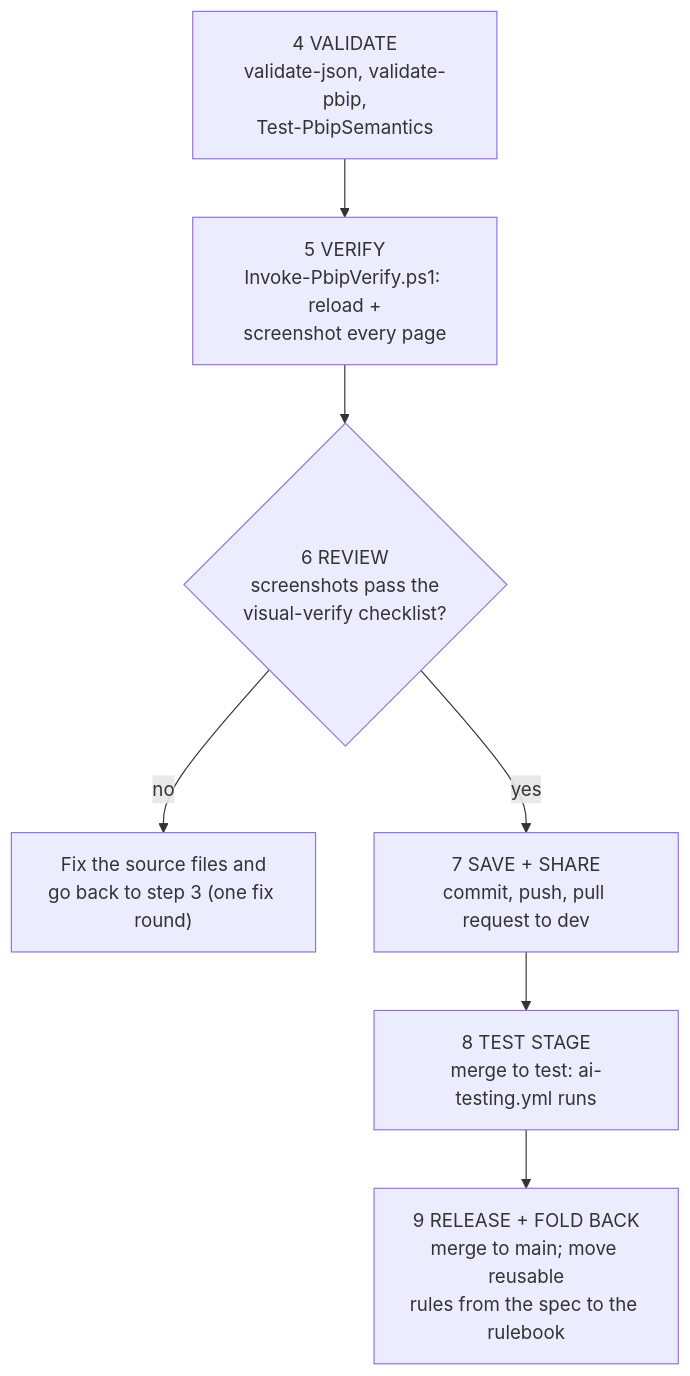
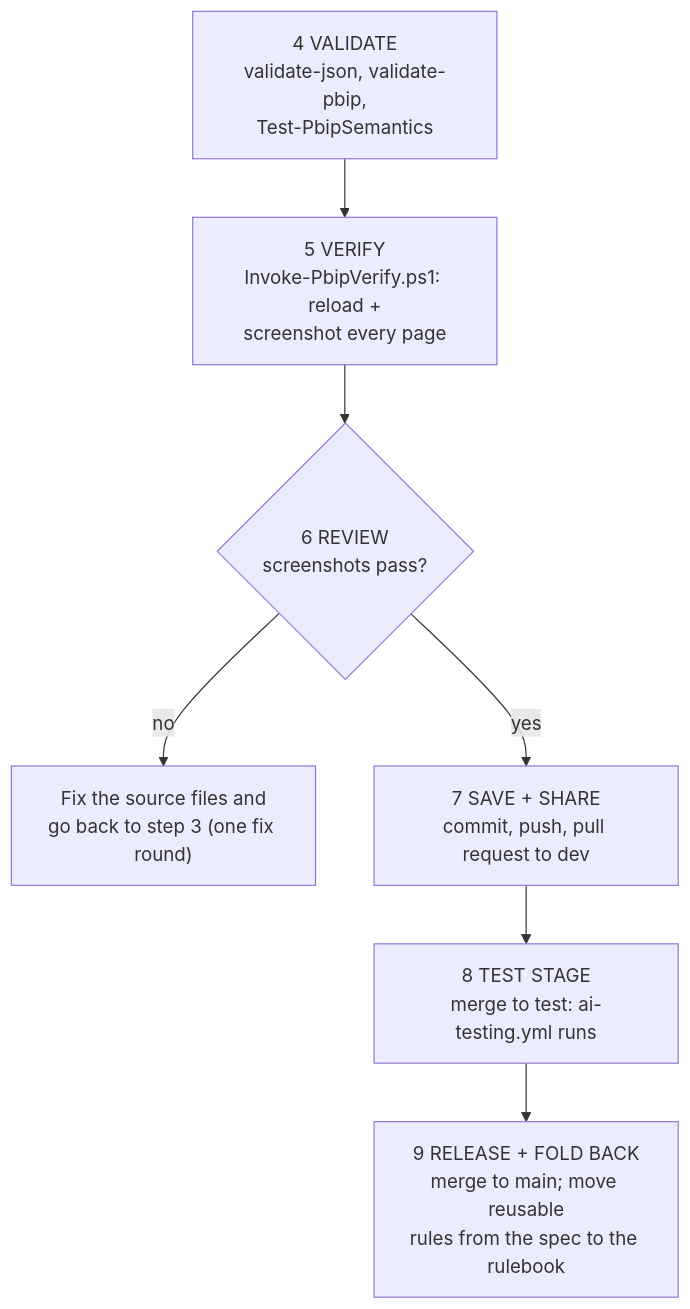
Before and after one commit to GibbonGambits/PGE-PBIP-Template: the diagram in guide/images/src/05-3-run-order-ship.mmd, drawn with Mermaid. The commit also changed 12 other files, not shown here.

```diff
--- a/guide/images/src/05-3-run-order-ship.mmd
+++ b/guide/images/src/05-3-run-order-ship.mmd
@@ -1,11 +1,11 @@
 flowchart TB
   S4["4 VALIDATE<br/>validate-json, validate-pbip,<br/>Test-PbipSemantics"]:::r
   S5["5 VERIFY<br/>Invoke-PbipVerify.ps1: reload +<br/>screenshot every page"]:::r
-  S6{"6 REVIEW<br/>screenshots pass the<br/>visual-verify checklist?"}:::you
+  S6{"6 REVIEW<br/>screenshots pass?"}:::you
   BACK["Fix the source files and<br/>go back to step 3 (one fix round)"]:::bad
   S7["7 SAVE + SHARE<br/>commit, push, pull request to dev"]:::ext
   S8["8 TEST STAGE<br/>merge to test: ai-testing.yml runs"]:::ext
   S9["9 RELEASE + FOLD BACK<br/>merge to main; move reusable<br/>rules from the spec to the rulebook"]:::g
   S4 --> S5 --> S6
   S6 -- "no" --> BACK
   S6 -- "yes" --> S7 --> S8 --> S9
```
